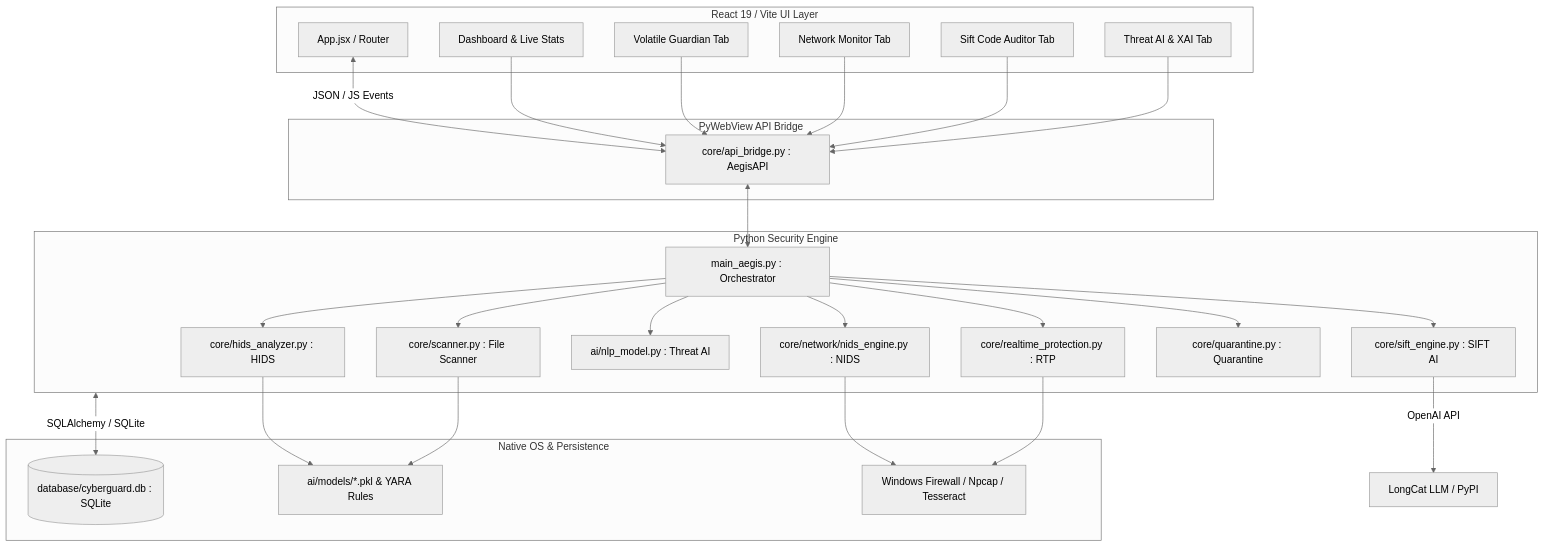
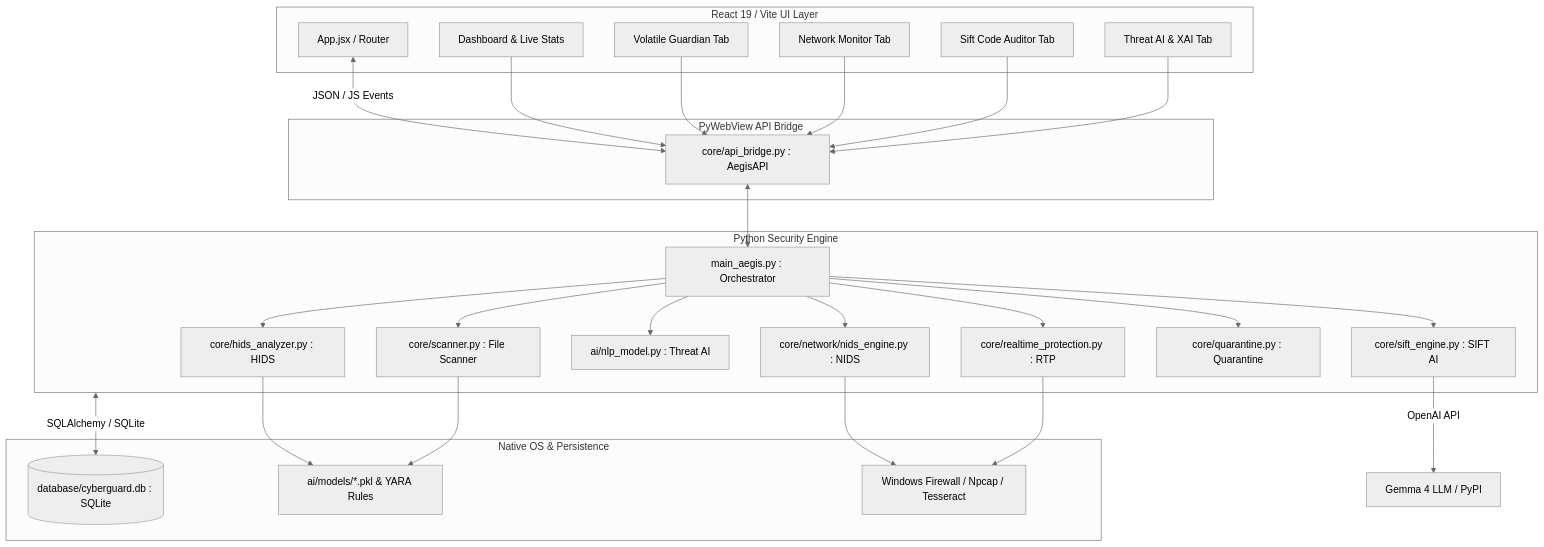
The diagram in README.md (Ishrak-1520/AEGIS), drawn with Mermaid (neutral theme) before and after one commit. The commit also changed other lines of this file and 11 other files, not shown here.

````diff
--- a/README.md
+++ b/README.md
@@ -86,57 +86,57 @@
 ```mermaid
 graph TD
     subgraph Frontend [React 19 / Vite UI Layer]
         UI_App[App.jsx / Router]
         UI_Dashboard[Dashboard & Live Stats]
         UI_HIDS[Volatile Guardian Tab]
         UI_NIDS[Network Monitor Tab]
         UI_SIFT[Sift Code Auditor Tab]
         UI_NLP[Threat AI & XAI Tab]
     end
 
     subgraph Bridge [PyWebView API Bridge]
         API[core/api_bridge.py : AegisAPI]
     end
 
     subgraph Backend [Python Security Engine]
         ORCH[main_aegis.py : Orchestrator]
         HIDS_ENG[core/hids_analyzer.py : HIDS]
         NIDS_ENG[core/network/nids_engine.py : NIDS]
         SIFT_ENG[core/sift_engine.py : SIFT AI]
         NLP_ENG[ai/nlp_model.py : Threat AI]
         SCAN_ENG[core/scanner.py : File Scanner]
         RTP_ENG[core/realtime_protection.py : RTP]
         QUAR_ENG[core/quarantine.py : Quarantine]
     end
 
     subgraph Storage & OS [Native OS & Persistence]
         DB[(database/cyberguard.db : SQLite)]
         MODELS[ai/models/*.pkl & YARA Rules]
         WIN_API[Windows Firewall / Npcap / Tesseract]
     end
 
     UI_App <-->|JSON / JS Events| API
     UI_Dashboard --> API
     UI_HIDS --> API
     UI_NIDS --> API
     UI_SIFT --> API
     UI_NLP --> API
 
     API <--> ORCH
     ORCH --> HIDS_ENG
     ORCH --> NIDS_ENG
     ORCH --> SIFT_ENG
     ORCH --> NLP_ENG
     ORCH --> SCAN_ENG
     ORCH --> RTP_ENG
     ORCH --> QUAR_ENG
 
     HIDS_ENG --> MODELS
     SCAN_ENG --> MODELS
-    SIFT_ENG -->|OpenAI API| External_LLM[LongCat LLM / PyPI]
+    SIFT_ENG -->|OpenAI API| External_LLM[Gemma 4 LLM / PyPI]
     
     NIDS_ENG --> WIN_API
     RTP_ENG --> WIN_API
     
     Backend <-->|SQLAlchemy / SQLite| DB
 ```
````
